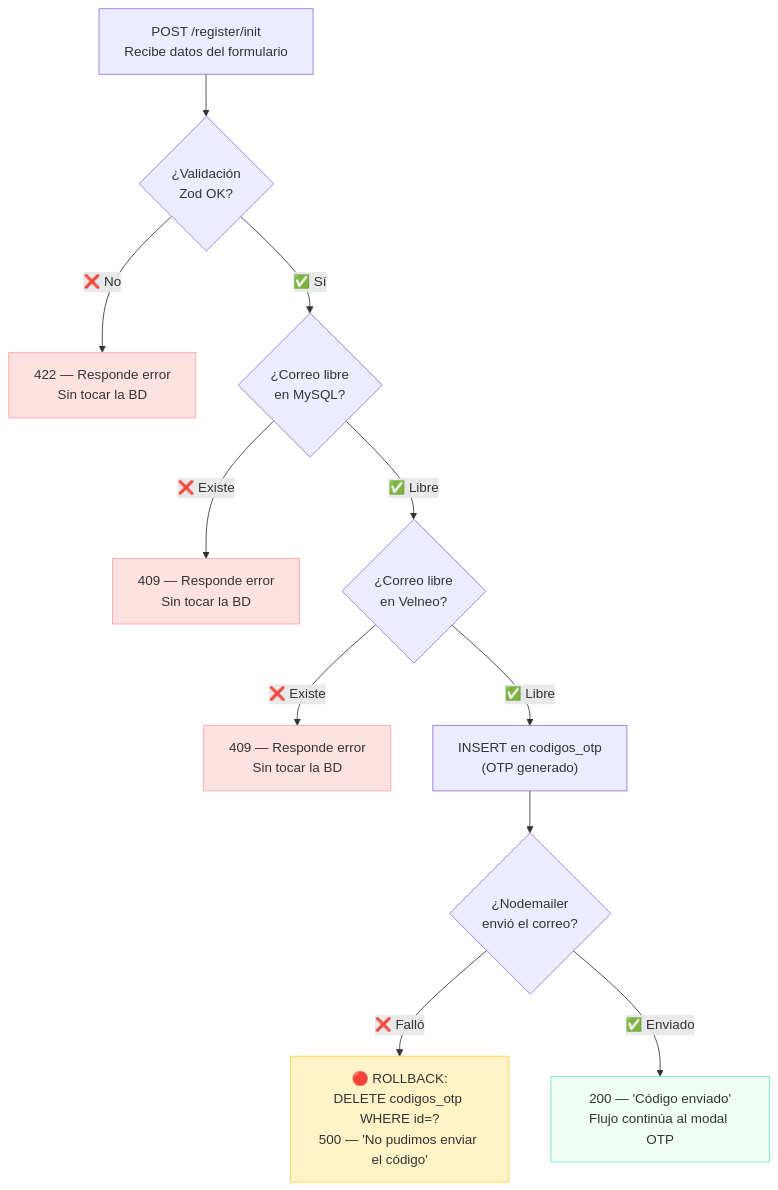
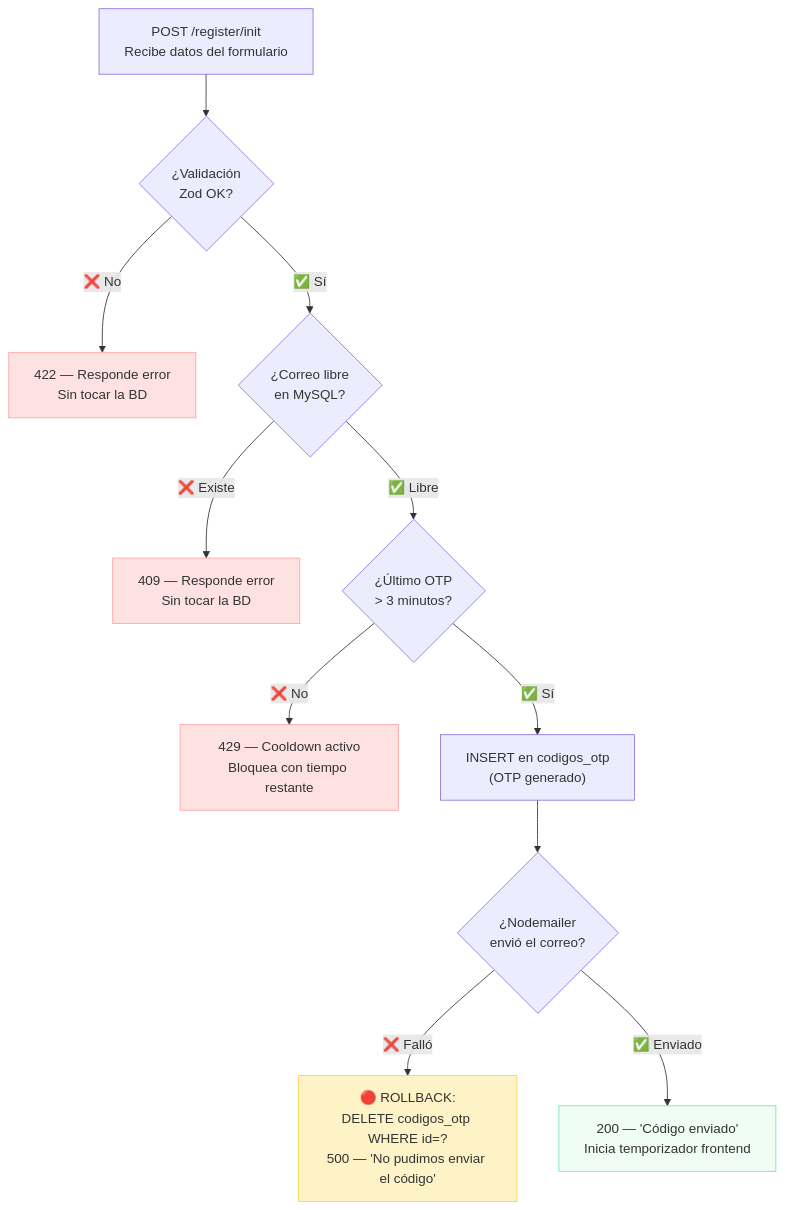
Before and after one commit to arturomiranda/ds-qs: the fourth of 6 diagrams in web/modules/registro/Registro_Plan.md, drawn with Mermaid. The commit also changed other lines of this file and 3 other files, not shown here.

````diff
--- a/web/modules/registro/Registro_Plan.md
+++ b/web/modules/registro/Registro_Plan.md
@@ -535,19 +535,19 @@
 ```mermaid
 flowchart TD
     A["POST /register/init<br/>Recibe datos del formulario"] --> B{"¿Validación<br/>Zod OK?"}
     B -->|"❌ No"| B1["422 — Responde error<br/>Sin tocar la BD"]
     B -->|"✅ Sí"| C{"¿Correo libre<br/>en MySQL?"}
     C -->|"❌ Existe"| C1["409 — Responde error<br/>Sin tocar la BD"]
-    C -->|"✅ Libre"| D{"¿Correo libre<br/>en Velneo?"}
-    D -->|"❌ Existe"| D1["409 — Responde error<br/>Sin tocar la BD"]
-    D -->|"✅ Libre"| E["INSERT en codigos_otp<br/>(OTP generado)"]
+    C -->|"✅ Libre"| D{"¿Último OTP<br/>> 3 minutos?"}
+    D -->|"❌ No"| D1["429 — Cooldown activo<br/>Bloquea con tiempo restante"]
+    D -->|"✅ Sí"| E["INSERT en codigos_otp<br/>(OTP generado)"]
     E --> F{"¿Nodemailer<br/>envió el correo?"}
     F -->|"❌ Falló"| F1["🔴 ROLLBACK:<br/>DELETE codigos_otp WHERE id=?<br/>500 — 'No pudimos enviar el código'"]
-    F -->|"✅ Enviado"| G["200 — 'Código enviado'<br/>Flujo continúa al modal OTP"]
+    F -->|"✅ Enviado"| G["200 — 'Código enviado'<br/>Inicia temporizador frontend"]
 
     style B1 fill:#FEE2E2,stroke:#FCA5A5
     style C1 fill:#FEE2E2,stroke:#FCA5A5
     style D1 fill:#FEE2E2,stroke:#FCA5A5
     style F1 fill:#FEF3C7,stroke:#FCD34D
     style G fill:#F0FDF4,stroke:#6EE7B7
 ```
````
